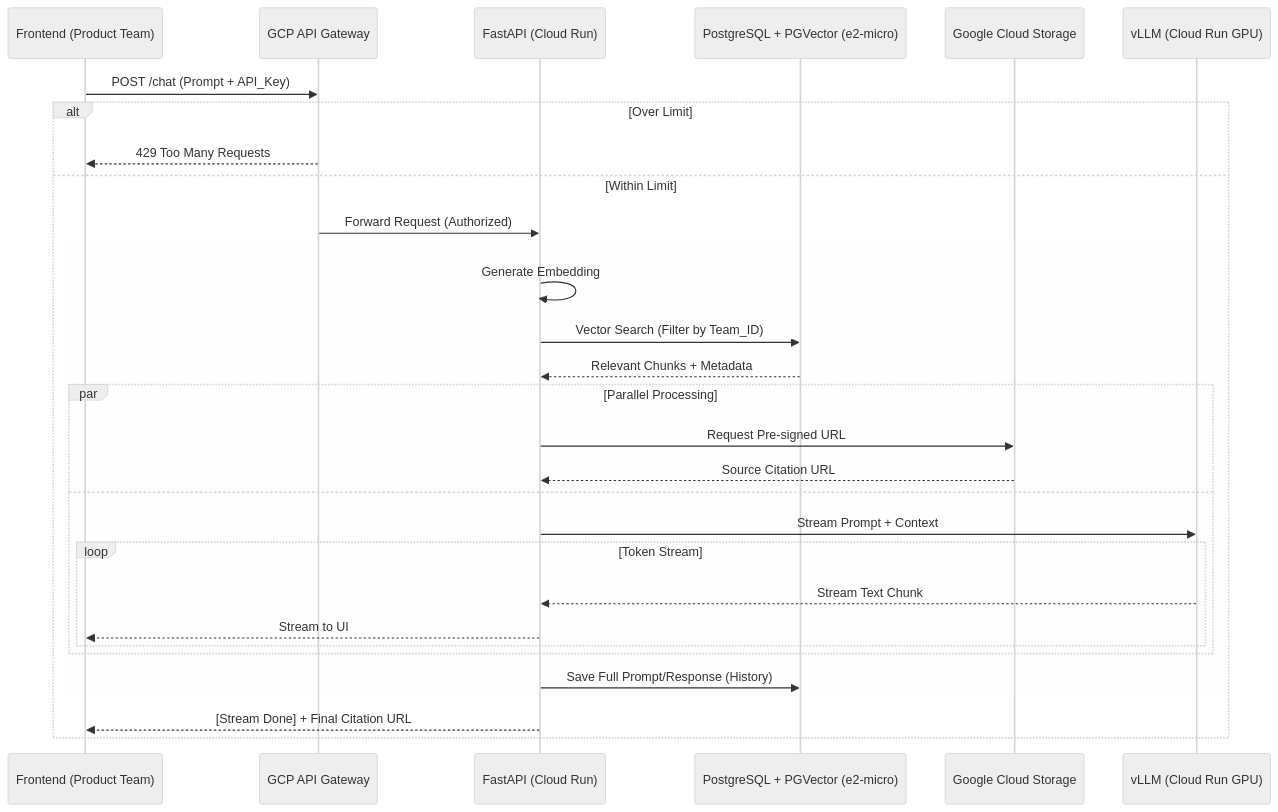
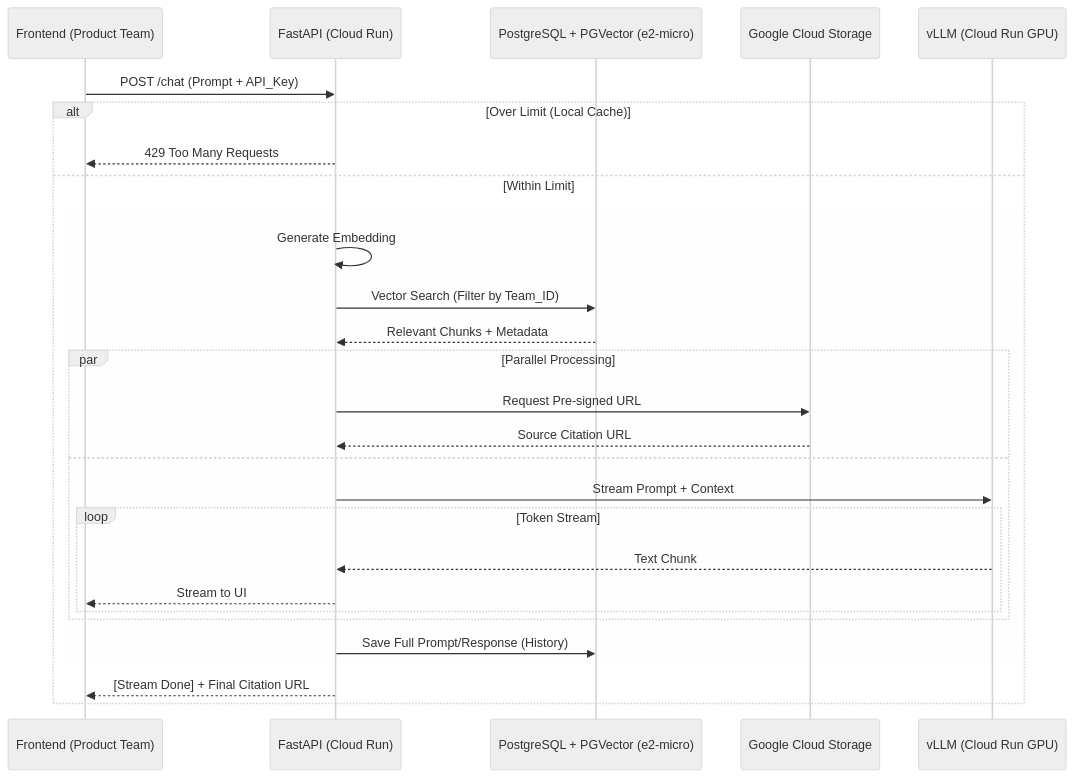
Before and after one commit to Caleb-Hageman/ai-infra: the diagram in sequence.md, drawn with Mermaid (neutral theme).

Commit message:
removed GCP API Gateway

````diff
--- a/sequence.md
+++ b/sequence.md
@@ -1,39 +1,37 @@
 ```mermaid
     sequenceDiagram
     participant FE as Frontend (Product Team)
-    participant GW as GCP API Gateway
     participant API as FastAPI (Cloud Run)
     participant DB as PostgreSQL + PGVector (e2-micro)
     participant GCS as Google Cloud Storage
     participant GPU as vLLM (Cloud Run GPU)
 
-    FE->>GW: POST /chat (Prompt + API_Key)
+    FE->>API: POST /chat (Prompt + API_Key)
 
-    alt Over Limit
-        GW-->>FE: 429 Too Many Requests
+    alt Over Limit (Local Cache)
+        API-->>FE: 429 Too Many Requests
     else Within Limit
-        GW->>API: Forward Request (Authorized)
         
         rect rgba(240, 240, 240, 0.1)
             API->>API: Generate Embedding
             
             API->>DB: Vector Search (Filter by Team_ID)
             DB-->>API: Relevant Chunks + Metadata
             
             par Parallel Processing
                 API->>GCS: Request Pre-signed URL
                 GCS-->>API: Source Citation URL
             and
                 API->>GPU: Stream Prompt + Context
                 loop Token Stream
-                    GPU-->>API: Stream Text Chunk
+                    GPU-->>API: Text Chunk
                     API-->>FE: Stream to UI
                 end
             end
             
             API->>DB: Save Full Prompt/Response (History)
         end
         
         API-->>FE: [Stream Done] + Final Citation URL
     end
 ```
````
